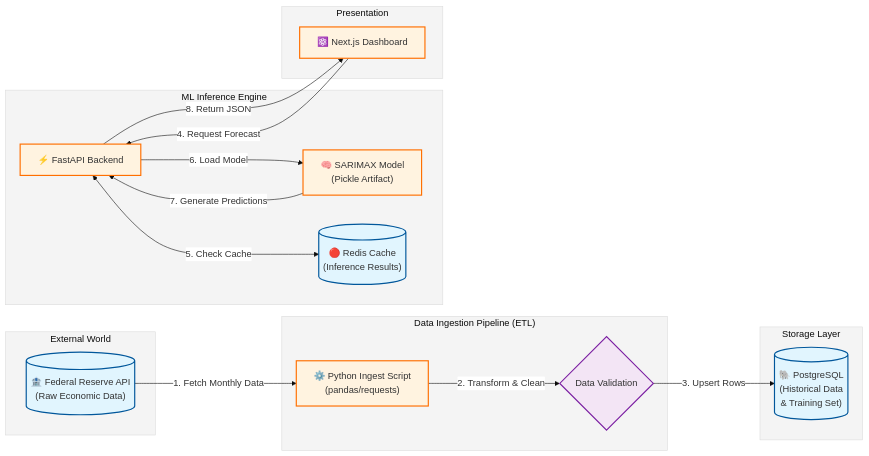
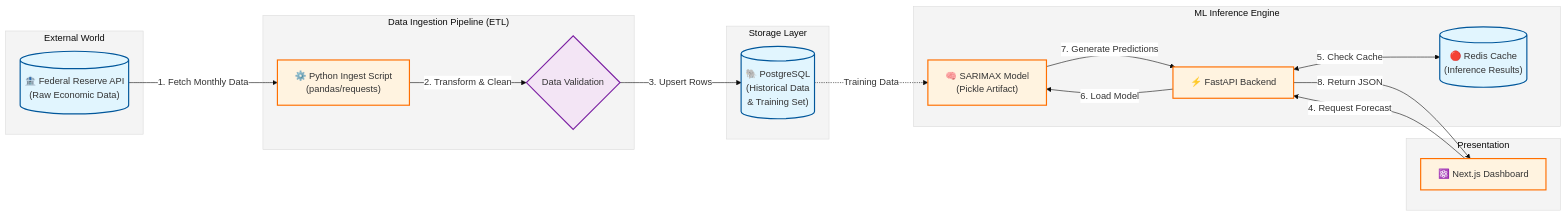
One commit to vijaybkhot/material-forecasting-engine changed the first of 2 diagrams in README.md. Above: the diagram before and after it, drawn with Mermaid.

Commit message:
docs: add Training Data flow to System Architecture diagram

````diff
--- a/README.md
+++ b/README.md
@@ -27,47 +27,50 @@
 ```mermaid
 %%{init: {'theme': 'base', 'themeVariables': { 'primaryColor': '#ffaa00', 'edgeLabelBackground':'#ffffff', 'tertiaryColor': '#f4f4f4'}}}%%
 graph LR
     subgraph "External World"
-        FRED[("🏦 Federal Reserve API<br/>(Raw Economic Data)")]
+        FRED[("🏦 Federal Reserve API\n(Raw Economic Data)")]
     end
 
     subgraph "Data Ingestion Pipeline (ETL)"
-        IngestScript["⚙️ Python Ingest Script<br/>(pandas/requests)"]
+        IngestScript["⚙️ Python Ingest Script\n(pandas/requests)"]
         Validation{"Data Validation"}
     end
 
     subgraph "Storage Layer"
-        Postgres[("🐘 PostgreSQL<br/>(Historical Data<br/>& Training Set)")]
+        Postgres[("🐘 PostgreSQL\n(Historical Data\n& Training Set)")]
     end
 
     subgraph "ML Inference Engine"
         API["⚡ FastAPI Backend"]
-        Model["🧠 SARIMAX Model<br/>(Pickle Artifact)"]
-        Cache[("🔴 Redis Cache<br/>(Inference Results)")]
+        Model["🧠 SARIMAX Model\n(Pickle Artifact)"]
+        Cache[("🔴 Redis Cache\n(Inference Results)")]
     end
 
     subgraph "Presentation"
         Frontend["⚛️ Next.js Dashboard"]
     end
 
     %% Data Flow
     FRED --> |"1. Fetch Monthly Data"| IngestScript
     IngestScript --> |"2. Transform & Clean"| Validation
     Validation --> |"3. Upsert Rows"| Postgres
+
+    %% Training/Context Flow (The "Senior" Touch)
+    Postgres -.-> |"Training Data"| Model
 
     %% Inference Flow
     Frontend --> |"4. Request Forecast"| API
     API <--> |"5. Check Cache"| Cache
     API --> |"6. Load Model"| Model
     Model --> |"7. Generate Predictions"| API
     API --> |"8. Return JSON"| Frontend
 
     %% Styling
     classDef storage fill:#e1f5fe,stroke:#01579b,stroke-width:2px;
     classDef process fill:#fff3e0,stroke:#ff6f00,stroke-width:2px;
     classDef external fill:#f3e5f5,stroke:#7b1fa2,stroke-width:2px;
 
     class FRED,Postgres,Cache storage;
     class IngestScript,API,Model,Frontend process;
     class Validation external;
 ```
````
